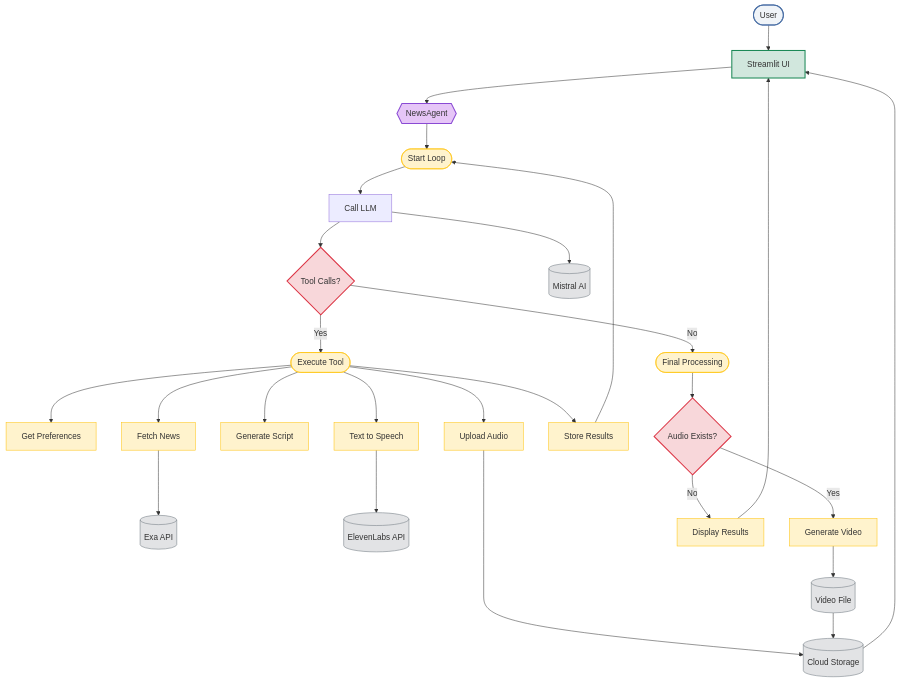
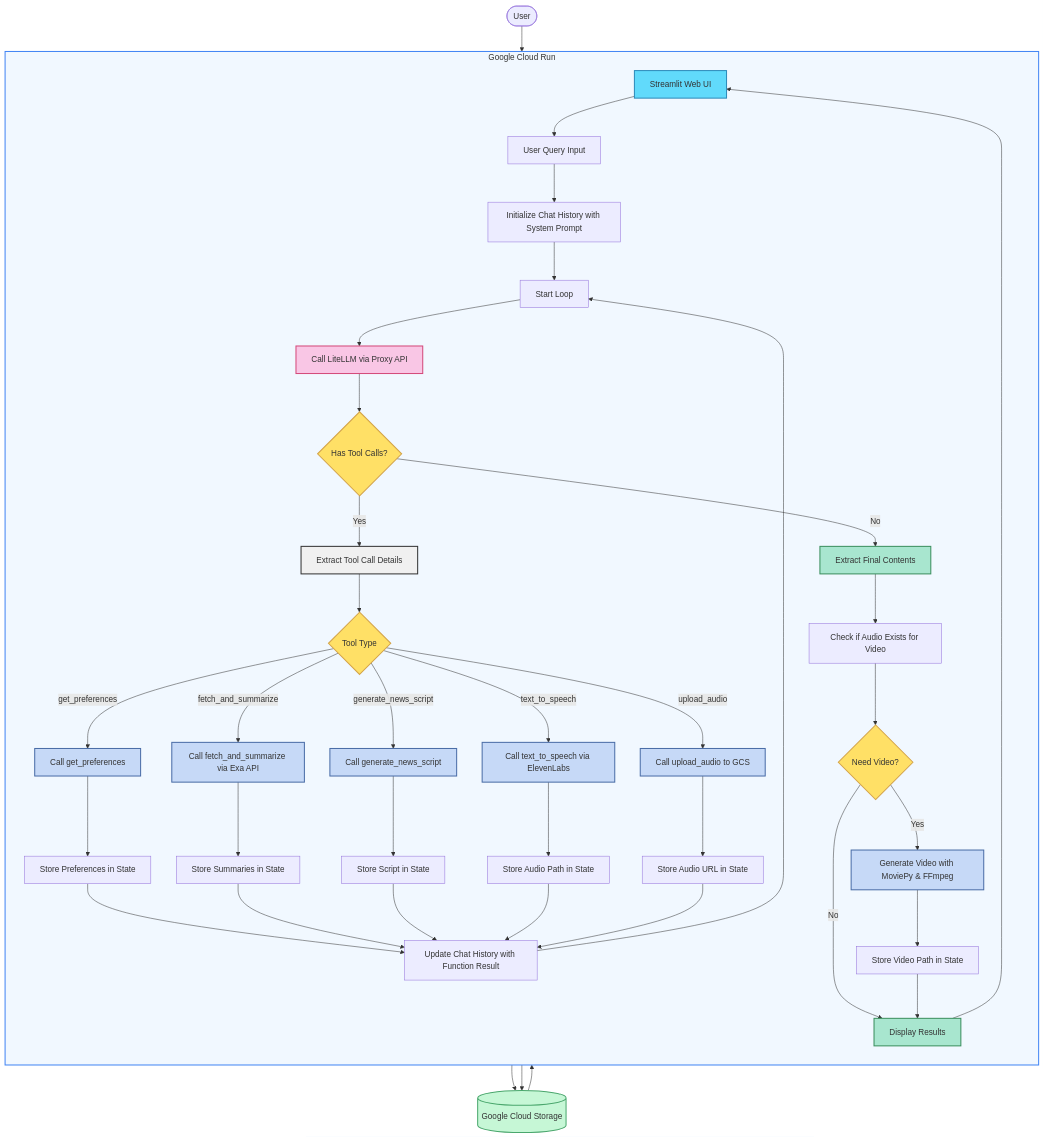
The diagram in README.md (rajkstats/sonicpress), drawn with Mermaid before and after one commit. The commit also changed other lines of this file, not shown here.

````diff
--- a/README.md
+++ b/README.md
@@ -27,61 +27,106 @@
 ```mermaid
-graph TD
-    %% Main components
-    A([User]) --> B[Streamlit UI]
-    B --> C{{NewsAgent}}
+flowchart TD
+    %% User interaction and Streamlit
+    User([User]) --> StreamlitUI[Streamlit Web UI]
+    StreamlitUI --> UserQuery[User Query Input]
     
-    %% Core agent loop
-    C --> D([Start Loop])
-    D --> E[Call LLM]
-    E --> F{Tool Calls?}
+    %% Main agent flow
+    UserQuery --> InitSystem[Initialize Chat History with System Prompt]
+    InitSystem --> StartLoop[Start Loop]
     
-    %% Decision branches
-    F -->|Yes| G([Execute Tool])
-    F -->|No| H([Final Processing])
+    StartLoop --> CallLLM[Call LiteLLM via Proxy API]
+    CallLLM --> HasToolCalls{Has Tool Calls?}
     
-    %% Tool types
-    G --> J1[Get Preferences]
-    G --> J2[Fetch News]
-    G --> J3[Generate Script]
-    G --> J4[Text to Speech]
-    G --> J5[Upload Audio]
+    HasToolCalls -->|Yes| ExtractToolDetails[Extract Tool Call Details]
+    HasToolCalls -->|No| ExtractFinalContents[Extract Final Contents]
     
-    %% External services
-    J2 --> K1[(Exa API)]
-    J4 --> K2[(ElevenLabs API)]
-    E --> K3[(Mistral AI)]
+    ExtractToolDetails --> ToolType{Tool Type}
     
-    %% Results flow back to loop
-    G --> I[Store Results]
-    I --> D
+    ToolType -->|get_preferences| GetPreferences[Call get_preferences]
+    ToolType -->|fetch_and_summarize| FetchNews[Call fetch_and_summarize via Exa API]
+    ToolType -->|generate_news_script| GenScript[Call generate_news_script]
+    ToolType -->|text_to_speech| TextToSpeech[Call text_to_speech via ElevenLabs]
+    ToolType -->|upload_audio| UploadAudio[Call upload_audio to GCS]
     
-    %% Final processing
-    H --> L{Audio Exists?}
-    L -->|Yes| M[Generate Video]
-    L -->|No| N[Display Results]
+    GetPreferences --> StorePreferences[Store Preferences in State]
+    FetchNews --> StoreSummaries[Store Summaries in State]
+    GenScript --> StoreScript[Store Script in State]
+    TextToSpeech --> StoreAudio[Store Audio Path in State]
+    UploadAudio --> StoreAudioURL[Store Audio URL in State]
     
-    %% Video generation and storage
-    M --> O[(Video File)]
-    J5 --> P[(Cloud Storage)]
-    O --> P
+    StorePreferences --> UpdateHistory[Update Chat History with Function Result]
+    StoreSummaries --> UpdateHistory
+    StoreScript --> UpdateHistory
+    StoreAudio --> UpdateHistory
+    StoreAudioURL --> UpdateHistory
+    
+    UpdateHistory --> StartLoop
+    
+    ExtractFinalContents --> CheckForVideo[Check if Audio Exists for Video]
+    CheckForVideo --> VideoNeeded{Need Video?}
+    
+    VideoNeeded -->|Yes| GenerateVideo[Generate Video with MoviePy & FFmpeg]
+    VideoNeeded -->|No| DisplayResults[Display Results]
+    
+    GenerateVideo --> StoreVideo[Store Video Path in State]
+    StoreVideo --> DisplayResults
     
     %% Results back to UI
-    N --> B
-    P --> B
+    DisplayResults --> StreamlitUI
+    
+    %% Cloud Run deployment
+    subgraph CloudRun[Google Cloud Run]
+        direction TB
+        StreamlitUI
+        UserQuery
+        InitSystem
+        StartLoop
+        CallLLM
+        HasToolCalls
+        ExtractToolDetails
+        ToolType
+        GetPreferences
+        FetchNews
+        GenScript
+        TextToSpeech
+        UploadAudio
+        StorePreferences
+        StoreSummaries
+        StoreScript
+        StoreAudio
+        StoreAudioURL
+        UpdateHistory
+        ExtractFinalContents
+        CheckForVideo
+        VideoNeeded
+        GenerateVideo
+        StoreVideo
+        DisplayResults
+    end
+    
+    %% External storage
+    UploadAudio --> GCS[(Google Cloud Storage)]
+    StoreVideo --> GCS
+    GCS --> StreamlitUI
     
     %% Styling
-    classDef user fill:#f0f4f8,stroke:#4a6fa5,stroke-width:2px
-    classDef ui fill:#d1e7dd,stroke:#198754,stroke-width:2px
-    classDef agent fill:#e6c6f7,stroke:#8a4ad4,stroke-width:2px
-    classDef process fill:#fff3cd,stroke:#ffc107,stroke-width:1px
-    classDef decision fill:#f8d7da,stroke:#dc3545,stroke-width:2px
-    classDef api fill:#cff4fc,stroke:#0dcaf0,stroke-width:1px
-    classDef storage fill:#e2e3e5,stroke:#6c757d,stroke-width:1px
+    style CallLLM fill:#f9c6e5,stroke:#d44a7a,stroke-width:2px
+    style HasToolCalls fill:#ffe066,stroke:#d4a44a,stroke-width:2px
+    style ToolType fill:#ffe066,stroke:#d4a44a,stroke-width:2px
+    style VideoNeeded fill:#ffe066,stroke:#d4a44a,stroke-width:2px
     
-    class A user
-    class B ui
-    class C agent
-    class D,G,H,I,J1,J2,J3,J4,J5,M,N process
-    class F,L decision
-    class K1,K2,K3,O,P storage
+    style GetPreferences fill:#c6d9f7,stroke:#4a6da7,stroke-width:2px
+    style FetchNews fill:#c6d9f7,stroke:#4a6da7,stroke-width:2px
+    style GenScript fill:#c6d9f7,stroke:#4a6da7,stroke-width:2px
+    style TextToSpeech fill:#c6d9f7,stroke:#4a6da7,stroke-width:2px
+    style UploadAudio fill:#c6d9f7,stroke:#4a6da7,stroke-width:2px
+    style GenerateVideo fill:#c6d9f7,stroke:#4a6da7,stroke-width:2px
+    
+    style ExtractToolDetails fill:#f0f0f0,stroke:#333,stroke-width:2px
+    style ExtractFinalContents fill:#a8e6cf,stroke:#3a8f5d,stroke-width:2px
+    style DisplayResults fill:#a8e6cf,stroke:#3a8f5d,stroke-width:2px
+    
+    style StreamlitUI fill:#61dafb,stroke:#2d8bba,stroke-width:2px
+    style CloudRun fill:#f1f8ff,stroke:#4285f4,stroke-width:2px
+    style GCS fill:#c6f7d6,stroke:#4aa76d,stroke-width:2px
 ```
````
